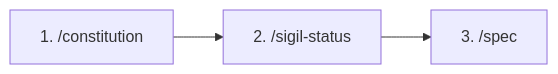
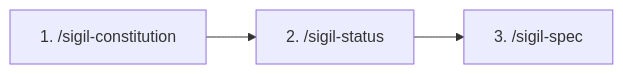
The first of 3 diagrams in sigil-plugin/docs/user-guide.md (araserel/sigil-os), drawn with Mermaid before and after one commit. The commit also changed other lines of this file and 87 other files, not shown here.

````diff
--- a/sigil-plugin/docs/user-guide.md
+++ b/sigil-plugin/docs/user-guide.md
@@ -114,5 +114,5 @@
 ```mermaid
 flowchart LR
-    A["1. /constitution"] --> B["2. /sigil-status"]
-    B --> C["3. /spec"]
+    A["1. /sigil-constitution"] --> B["2. /sigil-status"]
+    B --> C["3. /sigil-spec"]
 ```
````
